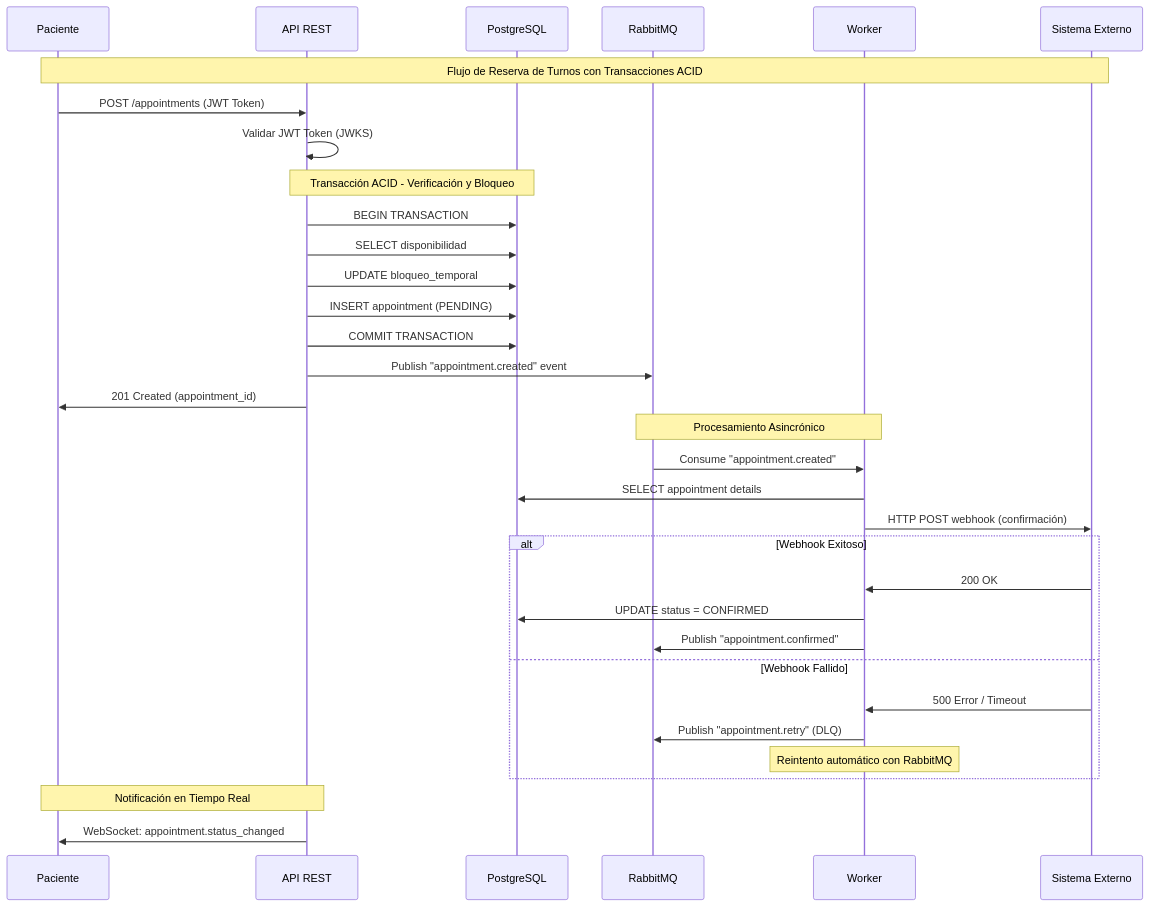
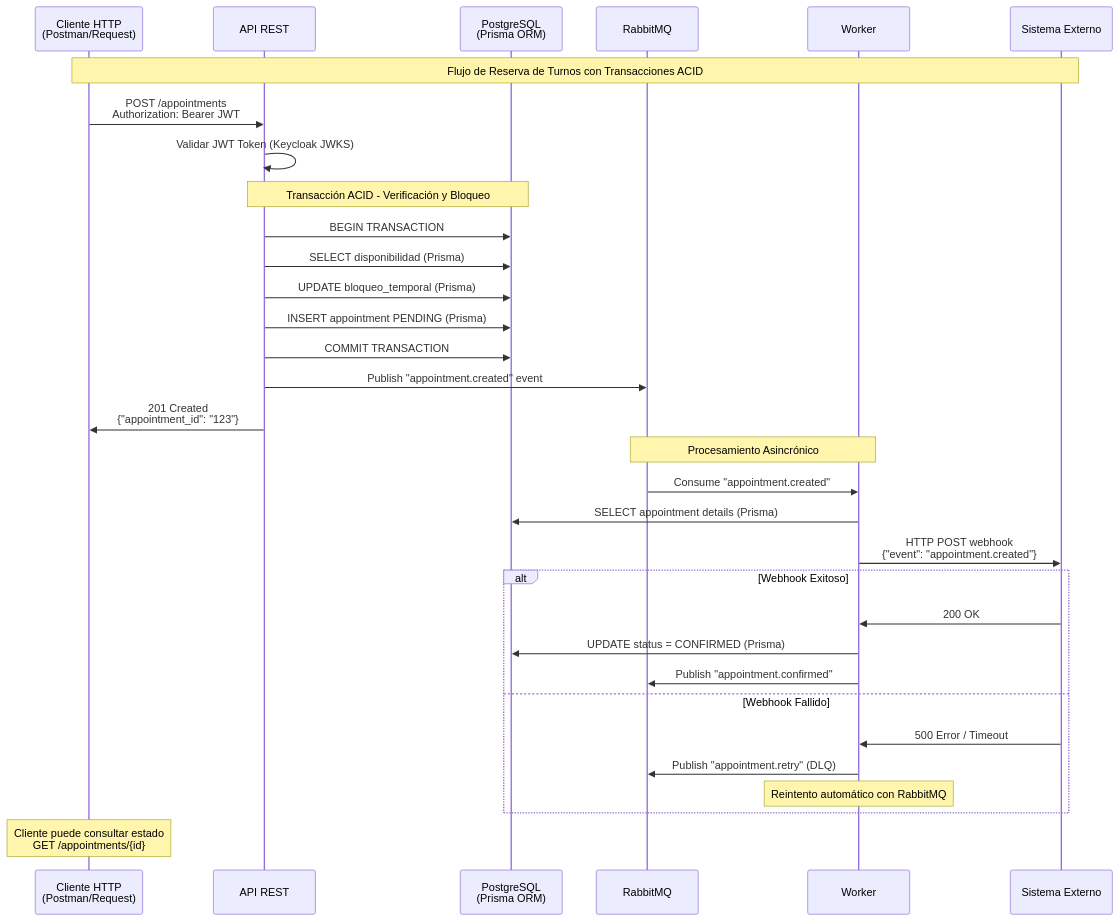
Before and after one commit to PaezFrancisco/tp-iaew-2025: the fourth of 5 diagrams in READ_ME.md, drawn with Mermaid. The commit also changed other lines of this file, not shown here.

````diff
--- a/READ_ME.md
+++ b/READ_ME.md
@@ -151,42 +152,41 @@
 ```mermaid
 sequenceDiagram
-    participant P as Paciente
+    participant C as Cliente HTTP<br/>(Postman/Request)
     participant API as API REST
-    participant DB as PostgreSQL
+    participant DB as PostgreSQL<br/>(Prisma ORM)
     participant RMQ as RabbitMQ
     participant W as Worker
     participant EXT as Sistema Externo
     
-    Note over P,EXT: Flujo de Reserva de Turnos con Transacciones ACID
+    Note over C,EXT: Flujo de Reserva de Turnos con Transacciones ACID
     
-    P->>API: POST /appointments (JWT Token)
-    API->>API: Validar JWT Token (JWKS)
+    C->>API: POST /appointments<br/>Authorization: Bearer JWT
+    API->>API: Validar JWT Token (Keycloak JWKS)
     
     Note over API,DB: Transacción ACID - Verificación y Bloqueo
     API->>DB: BEGIN TRANSACTION
-    API->>DB: SELECT disponibilidad
-    API->>DB: UPDATE bloqueo_temporal
-    API->>DB: INSERT appointment (PENDING)
+    API->>DB: SELECT disponibilidad (Prisma)
+    API->>DB: UPDATE bloqueo_temporal (Prisma)
+    API->>DB: INSERT appointment PENDING (Prisma)
     API->>DB: COMMIT TRANSACTION
     
     API->>RMQ: Publish "appointment.created" event
-    API->>P: 201 Created (appointment_id)
+    API->>C: 201 Created<br/>{"appointment_id": "123"}
     
     Note over RMQ,W: Procesamiento Asincrónico
     RMQ->>W: Consume "appointment.created"
-    W->>DB: SELECT appointment details
-    W->>EXT: HTTP POST webhook (confirmación)
+    W->>DB: SELECT appointment details (Prisma)
+    W->>EXT: HTTP POST webhook<br/>{"event": "appointment.created"}
     
     alt Webhook Exitoso
         EXT->>W: 200 OK
-        W->>DB: UPDATE status = CONFIRMED
+        W->>DB: UPDATE status = CONFIRMED (Prisma)
         W->>RMQ: Publish "appointment.confirmed"
     else Webhook Fallido
         EXT->>W: 500 Error / Timeout
         W->>RMQ: Publish "appointment.retry" (DLQ)
         Note over W: Reintento automático con RabbitMQ
     end
     
-    Note over API,P: Notificación en Tiempo Real
-    API->>P: WebSocket: appointment.status_changed
+    Note over C: Cliente puede consultar estado<br/>GET /appointments/{id}
 ```
````
